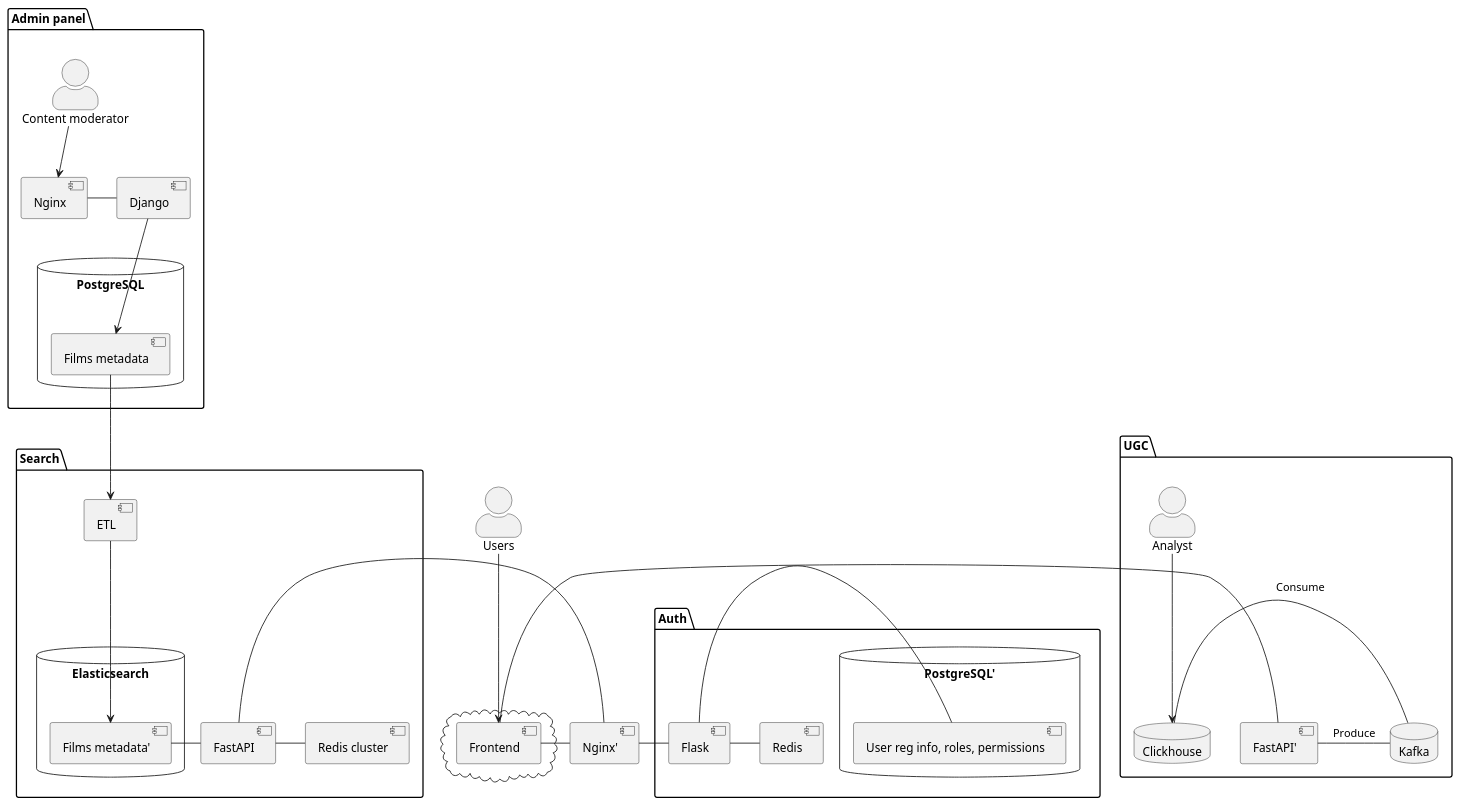
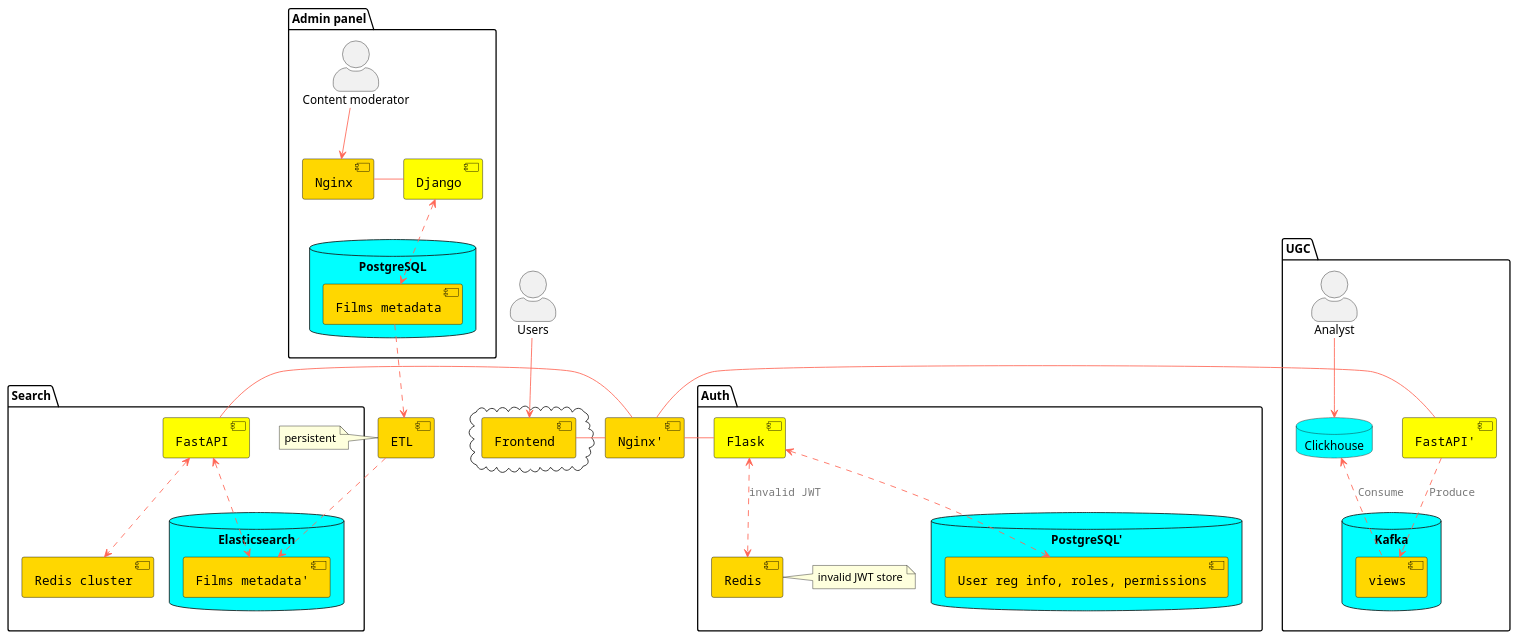
Before and after one commit to paQQuete/ugc_sprint_1: the diagram in uml/components.puml, drawn with PlantUML.

Commit message:
object diagram done

```diff
--- a/uml/components.puml
+++ b/uml/components.puml
@@ -1,68 +1,95 @@
 @startuml
 'https://plantuml.com/object-diagram
+
+skinparam component {
+  FontSize 15
+  BackgroundColor<<Apache>> Pink
+  BorderColor<<Apache>> #FF6655
+  FontName Courier
+  BorderColor black
+  BackgroundColor gold
+  ArrowFontName Courier
+  ArrowColor #FF6655
+  ArrowFontColor #777777
+}
+skinparam databaseBackgroundColor Aqua
+
 
 cloud {
 [Frontend]
 }
 
 package "Admin panel" {
-  skinparam actorStyle awesome
- :Content moderator: --> [Nginx]
-[Nginx] - [Django]
-database "PostgreSQL" {
-    [Films metadata]
-}
+    [Django] #Yellow
+    skinparam actorStyle awesome
+    :Content moderator: --> [Nginx]
+    [Nginx] - [Django]
+    database "PostgreSQL" {
+        [Films metadata]
+    }
+    [Django] <..> [Films metadata]
 }
 
+[ETL]
 
 
-[Django] --> [Films metadata]
 
 skinparam actorStyle awesome
     :Users: --> [Frontend]
     [Frontend] - [Nginx']
 
 package "Search" {
-        [ETL]
-[Films metadata] --> [ETL]
+    [FastAPI] #Yellow
+    note right of [ETL]
+    persistent
+    end note
+
+    [Films metadata] ..> [ETL]
     database "Elasticsearch" {
         [Films metadata']
     }
-    [ETL] --> [Films metadata']
+    [ETL] ..> [Films metadata']
 
 
-    [Nginx'] - [FastAPI]
-    [FastAPI] - [Redis cluster]
-    [FastAPI] - [Films metadata']
+
+    [FastAPI] <..> [Redis cluster]
+    [FastAPI] <..> [Films metadata']
 
 }
 
 package "Auth" {
-    [Flask]
+    [Flask] #Yellow
     [Redis]
     database "PostgreSQL'" {
     [User reg info, roles, permissions]
     }
     [Nginx'] - [Flask]
-    [Flask] - [Redis]
-    [Flask] - [User reg info, roles, permissions]
-
+    [Flask] <..> [Redis] : invalid JWT
+    [Flask] <..> [User reg info, roles, permissions]
+    note right of [Redis]
+    invalid JWT store
+    end note
 }
 
 package "UGC" {
-    [FastAPI']
-    database "Kafka"
+    [FastAPI'] #Yellow
+    database "Kafka" {
+        [views]
+    }
     database "Clickhouse"
 
     skinparam actorStyle awesome
     :Analyst: --> "Clickhouse"
 
-    [Frontend] - [FastAPI']
-    [FastAPI'] - "Kafka" : Produce
-    "Clickhouse" - "Kafka" : Consume
+
+    [FastAPI'] ..> [views] : Produce
+    "Clickhouse" <.. [views] : Consume
 
 
 }
 
+[Nginx'] - [FastAPI]
+[Nginx'] - [FastAPI']
+
 
 @enduml
```
